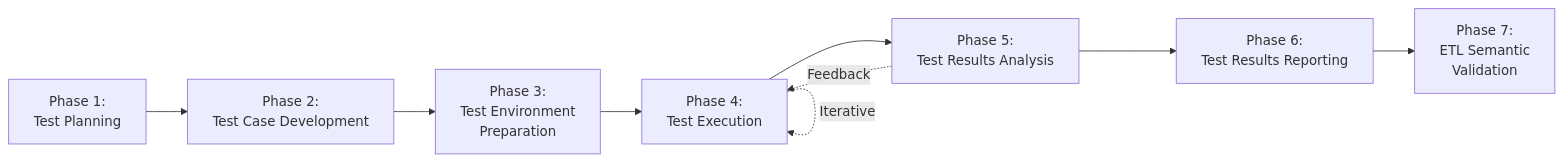
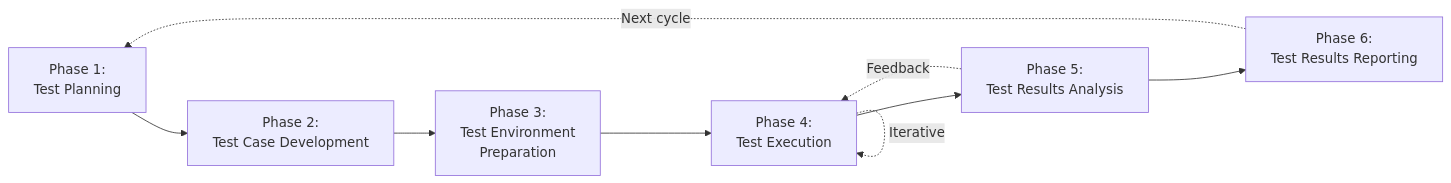
The diagram in docs/phases/index.md (bg-playground/BGSTM), drawn with Mermaid before and after one commit. The commit also changed other lines of this file, not shown here.

Commit message:
docs: restore six-phase workflow diagram

````diff
--- a/docs/phases/index.md
+++ b/docs/phases/index.md
@@ -72,11 +63,11 @@
 ```mermaid
 graph LR
     A[Phase 1:<br>Test Planning] --> B[Phase 2:<br>Test Case Development]
     B --> C[Phase 3:<br>Test Environment<br>Preparation]
     C --> D[Phase 4:<br>Test Execution]
     D --> E[Phase 5:<br>Test Results Analysis]
     E --> F[Phase 6:<br>Test Results Reporting]
-    F --> G[Phase 7:<br>ETL Semantic<br>Validation]
     D -.Iterative.-> D
     E -.Feedback.-> D
+    F -.Next cycle.-> A
 ```
````
